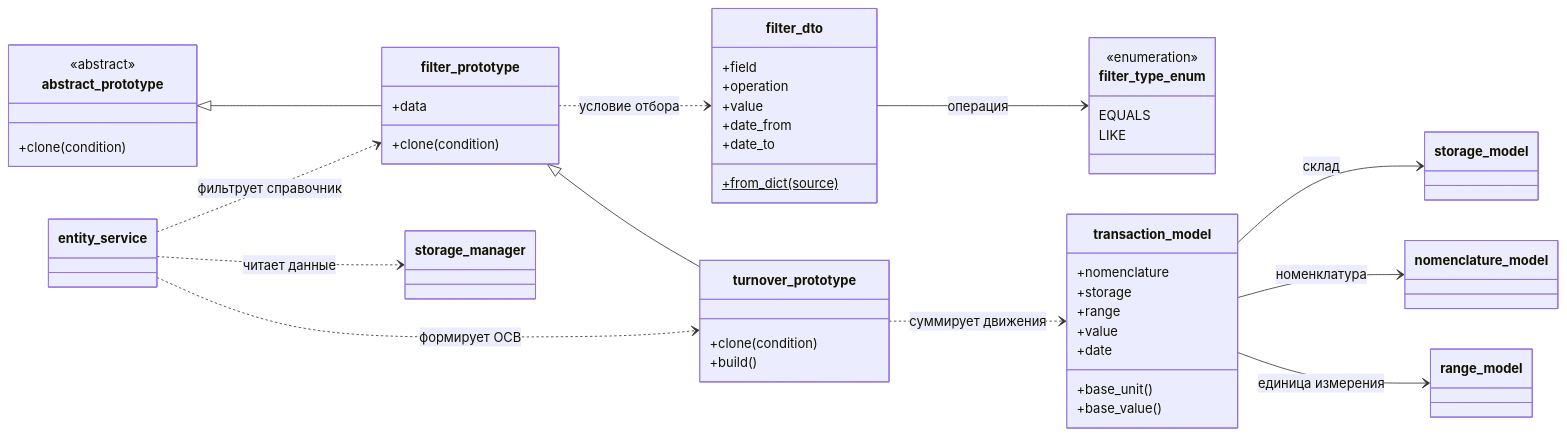
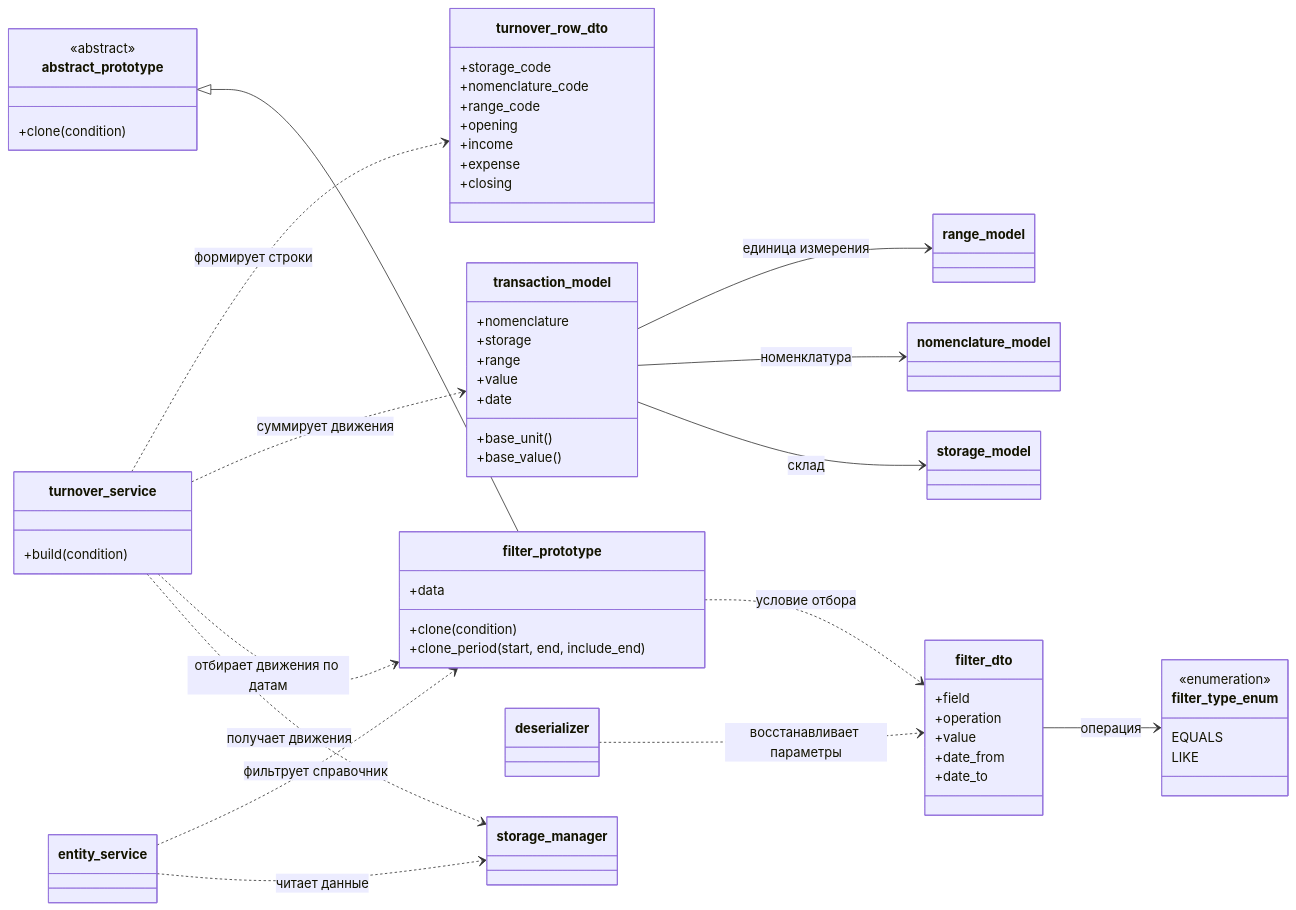
One commit to zenderio-dev/patterns_HW changed the sixth of 6 diagrams in Docs/Uml.md. Above: the diagram before and after it, drawn with Mermaid. The commit also changed other lines of this file and 8 other files, not shown here.

````diff
--- a/Docs/Uml.md
+++ b/Docs/Uml.md
@@ -326,51 +328,61 @@
 ```mermaid
 classDiagram
     direction LR
 
     class abstract_prototype {
         <<abstract>>
         +clone(condition)
     }
     class filter_prototype {
         +data
         +clone(condition)
+        +clone_period(start, end, include_end)
     }
-    class turnover_prototype {
-        +clone(condition)
-        +build()
+    class turnover_service {
+        +build(condition)
+    }
+    class turnover_row_dto {
+        +storage_code
+        +nomenclature_code
+        +range_code
+        +opening
+        +income
+        +expense
+        +closing
     }
     class filter_dto {
         +field
         +operation
         +value
         +date_from
         +date_to
-        +from_dict(source)$
     }
     class filter_type_enum {
         <<enumeration>>
         EQUALS
         LIKE
     }
     class transaction_model {
         +nomenclature
         +storage
         +range
         +value
         +date
         +base_unit()
         +base_value()
     }
 
     abstract_prototype <|-- filter_prototype
-    filter_prototype <|-- turnover_prototype
+    deserializer ..> filter_dto : восстанавливает параметры
     filter_prototype ..> filter_dto : условие отбора
     filter_dto --> filter_type_enum : операция
     entity_service ..> storage_manager : читает данные
     entity_service ..> filter_prototype : фильтрует справочник
-    entity_service ..> turnover_prototype : формирует ОСВ
-    turnover_prototype ..> transaction_model : суммирует движения
+    turnover_service ..> storage_manager : получает движения
+    turnover_service ..> filter_prototype : отбирает движения по датам
+    turnover_service ..> transaction_model : суммирует движения
+    turnover_service ..> turnover_row_dto : формирует строки
     transaction_model --> storage_model : склад
     transaction_model --> nomenclature_model : номенклатура
     transaction_model --> range_model : единица измерения
 ```
````
